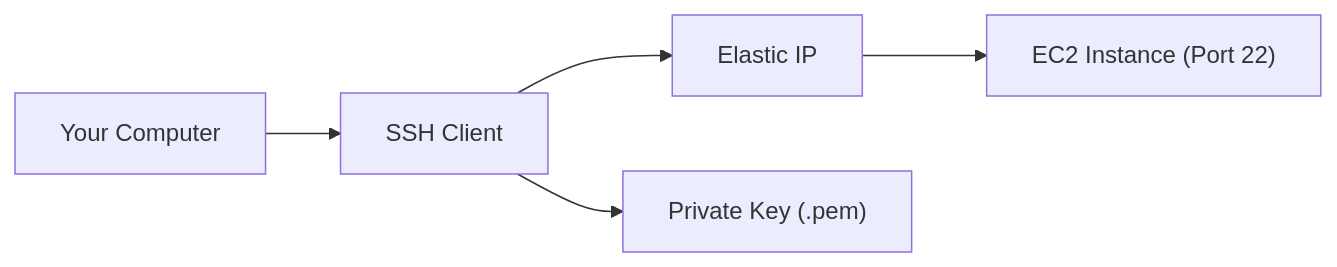
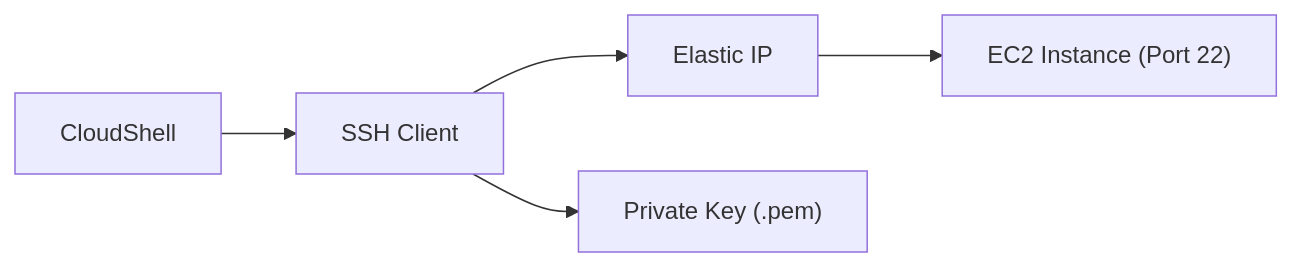
One commit to danielcregg/ats-labs changed the fifth of 5 diagrams in aws-cli-lab.md. Above: the diagram before and after it, drawn with Mermaid. The commit also changed other lines of this file, not shown here.

````diff
--- a/aws-cli-lab.md
+++ b/aws-cli-lab.md
@@ -352,7 +352,7 @@
 ```mermaid
 graph LR
-    A["Your Computer"] --> B["SSH Client"]
+    A["CloudShell"] --> B["SSH Client"]
     B --> C["Elastic IP"]
     C --> D["EC2 Instance (Port 22)"]
     B --> E["Private Key (.pem)"]
 ```
````
